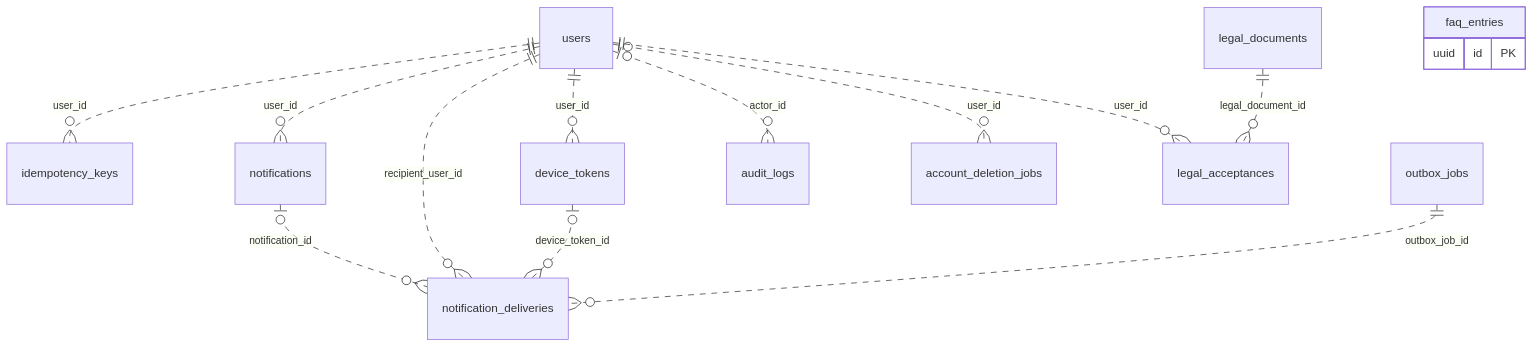
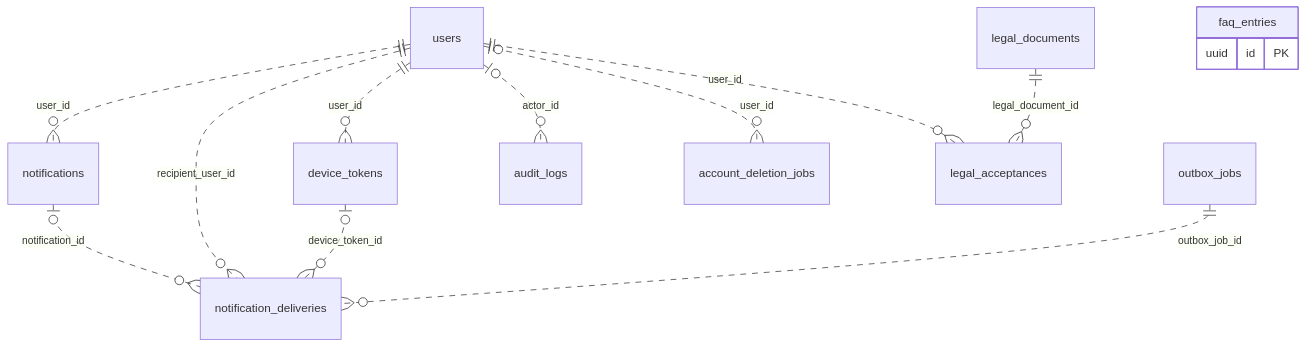
The eighth of 8 diagrams in docs/Motion_Backend_Plan.md (MohamedHamdy2003/Motion-Fitness-Platform), drawn with Mermaid before and after one commit. The commit also changed other lines of this file and 28 other files, not shown here.

Commit message:
Remove idempotency keys from API operations

````diff
--- a/docs/Motion_Backend_Plan.md
+++ b/docs/Motion_Backend_Plan.md
@@ -454,17 +452,16 @@
 ```mermaid
 erDiagram
-    users ||..o{ idempotency_keys : user_id
     users ||..o{ device_tokens : user_id
     users ||..o{ notifications : user_id
     notifications o|..o{ notification_deliveries : notification_id
     users ||..o{ notification_deliveries : recipient_user_id
     device_tokens o|..o{ notification_deliveries : device_token_id
     outbox_jobs ||..o{ notification_deliveries : outbox_job_id
     users o|..o{ audit_logs : actor_id
     users o|..o{ account_deletion_jobs : user_id
     users ||..o{ legal_acceptances : user_id
     legal_documents ||..o{ legal_acceptances : legal_document_id
     faq_entries {
         uuid id PK
     }
 ```
````
